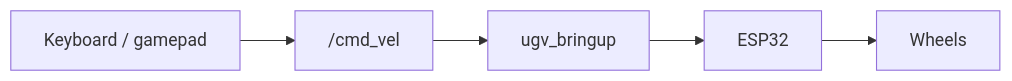
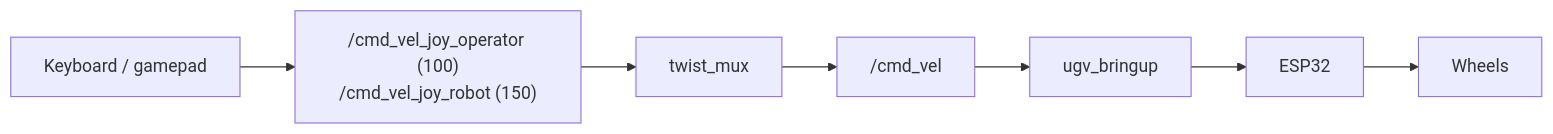
One commit to Coldaine/RobotOverview changed the diagram in docs/teleoperation.md. Above: the diagram before and after it, drawn with Mermaid. The commit also changed other lines of this file and 21 other files, not shown here.

First line of the commit message:
Fix review round 1 findings on the twist_mux safety spine

````diff
--- a/docs/teleoperation.md
+++ b/docs/teleoperation.md
@@ -84,10 +84,13 @@
 ```mermaid
 flowchart LR
   IN[Keyboard / gamepad]
+  MUXIN["/cmd_vel_joy_operator (100)
+/cmd_vel_joy_robot (150)"]
+  MUX[twist_mux]
   CV["/cmd_vel"]
   BR[ugv_bringup]
   ESP[ESP32]
   WH[Wheels]
 
-  IN --> CV --> BR --> ESP --> WH
+  IN --> MUXIN --> MUX --> CV --> BR --> ESP --> WH
 ```
````
